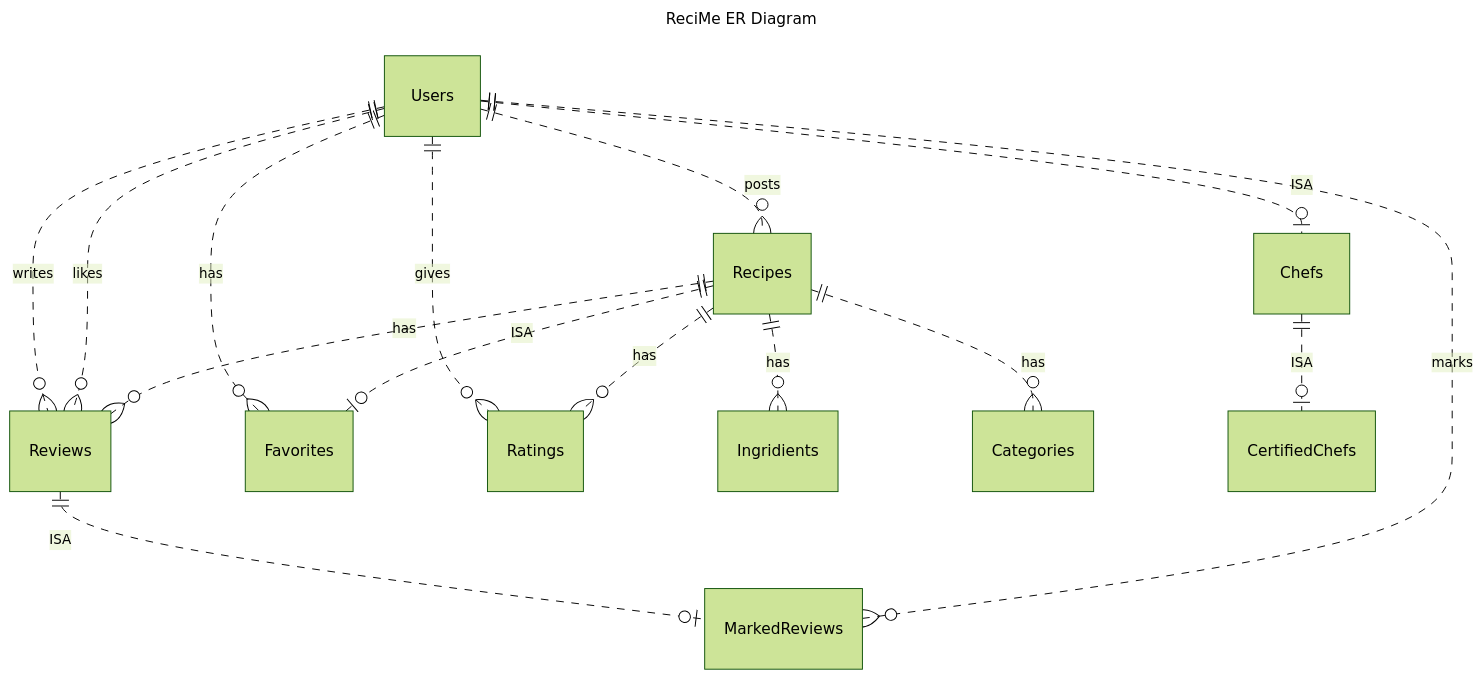
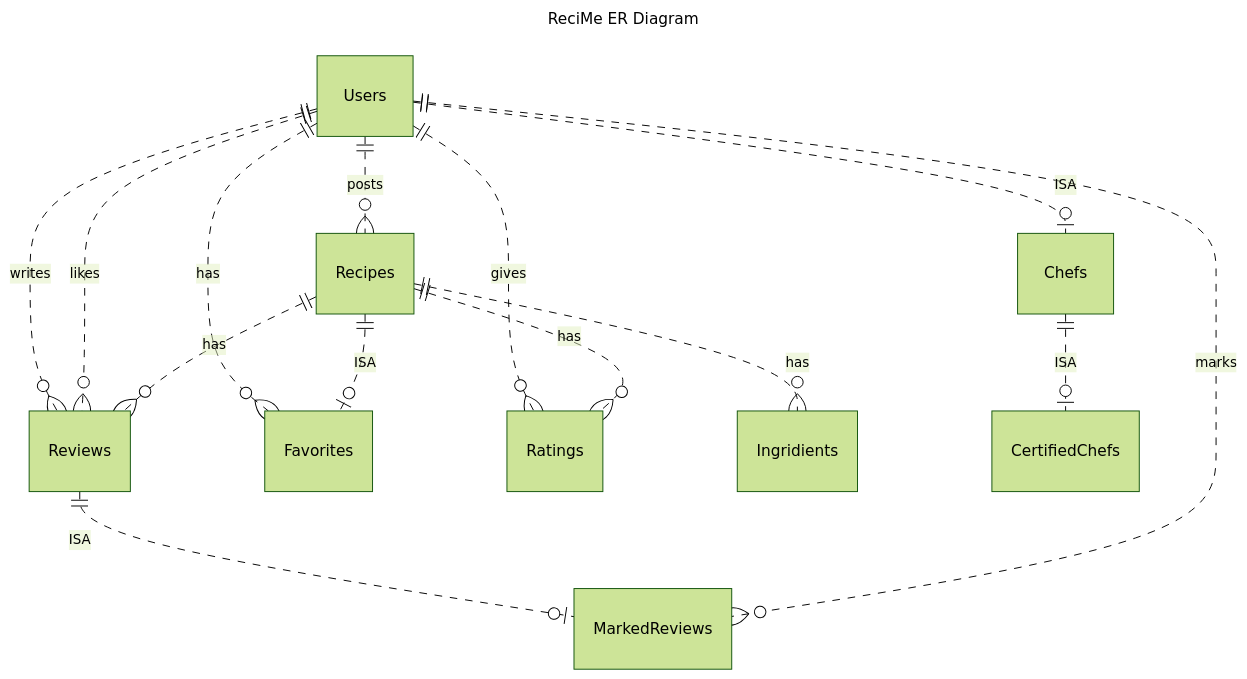
One commit to RECI-ME/reciMe changed the diagram in misc/er_diagram.mermaid. Above: the diagram before and after it, drawn with Mermaid (forest theme). The commit also changed 9 other files, not shown here.

```diff
--- a/misc/er_diagram.mermaid
+++ b/misc/er_diagram.mermaid
@@ -1,18 +1,17 @@
 ---
 title: ReciMe ER Diagram
 ---
 erDiagram
     Users ||..o| Chefs :ISA
     Users ||..o{ Recipes :posts
     Users ||..o{ Reviews :writes
     Users ||..o{ Reviews :likes
     Users ||..o{ Favorites :has
     Users ||..o{ Ratings : gives
     Recipes ||..o| Favorites :ISA
     Recipes ||..o{ Reviews :has
     Recipes ||..o{ Ratings :has
     Recipes||..o{ Ingridients :has
-    Recipes ||..o{ Categories :has
     Reviews ||..o| MarkedReviews :ISA
     Users ||..o{ MarkedReviews :marks
     Chefs ||..o| CertifiedChefs :ISA   
```
